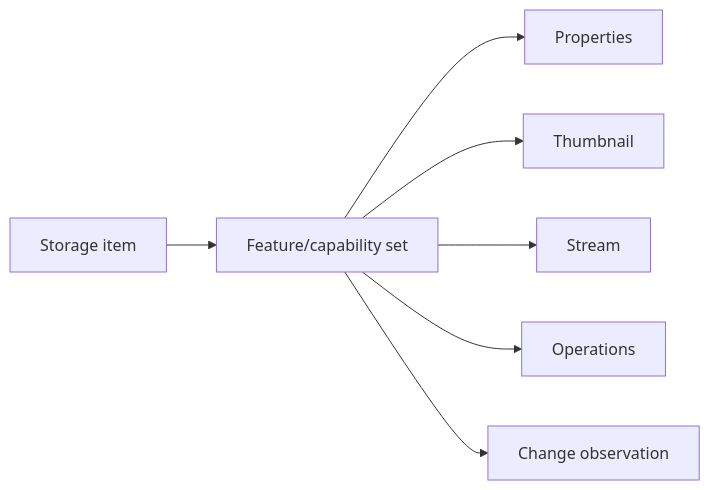
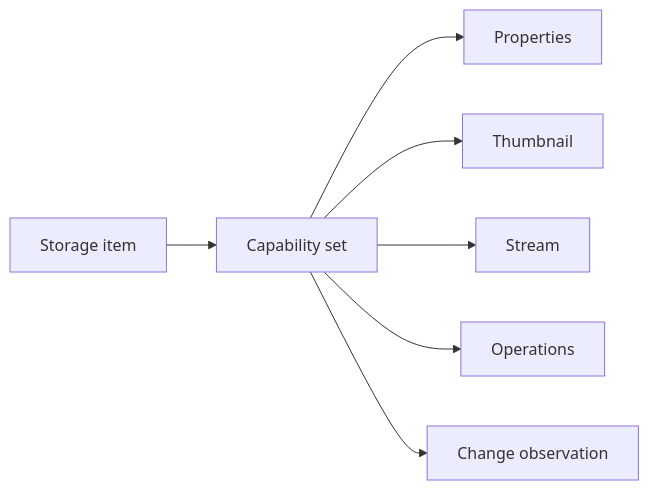
The diagram in docs/subsystems/storage-providers.md (0x5bfa/ReFiles), drawn with Mermaid before and after one commit. The commit also changed other lines of this file and 227 other files, not shown here.

Commit message:
Rename item features to capabilities

````diff
--- a/docs/subsystems/storage-providers.md
+++ b/docs/subsystems/storage-providers.md
@@ -22,17 +22,17 @@
 ```mermaid
 flowchart LR
     Item[Storage item]
-    Features[Feature/capability set]
+    Capabilities[Capability set]
     Props[Properties]
     Thumb[Thumbnail]
     Stream[Stream]
     Ops[Operations]
     Observe[Change observation]
 
-    Item --> Features
-    Features --> Props
-    Features --> Thumb
-    Features --> Stream
-    Features --> Ops
-    Features --> Observe
+    Item --> Capabilities
+    Capabilities --> Props
+    Capabilities --> Thumb
+    Capabilities --> Stream
+    Capabilities --> Ops
+    Capabilities --> Observe
 ```
````
